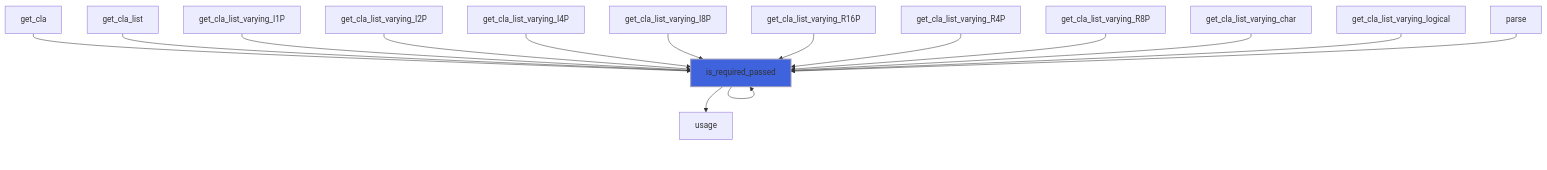
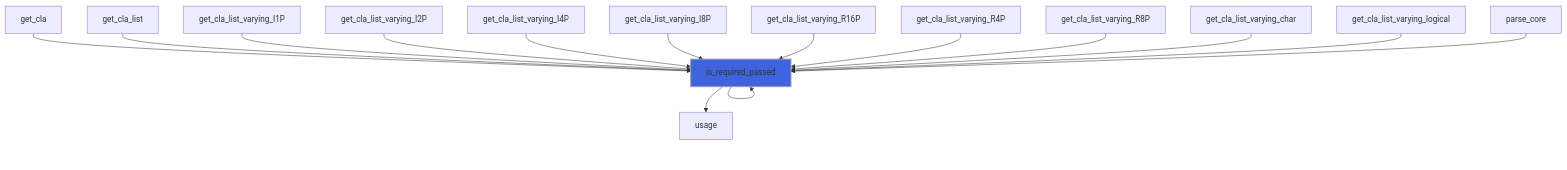
The sixth of 28 diagrams in docs/api/src/lib/flap_command_line_arguments_group_t.md (szaghi/FLAP), drawn with Mermaid before and after one commit. The commit also changed other lines of this file and 17 other files, not shown here.

````diff
--- a/docs/api/src/lib/flap_command_line_arguments_group_t.md
+++ b/docs/api/src/lib/flap_command_line_arguments_group_t.md
@@ -193,19 +269,19 @@
 ```mermaid
 flowchart TD
   get_cla["get_cla"] --> is_required_passed["is_required_passed"]
   get_cla_list["get_cla_list"] --> is_required_passed["is_required_passed"]
   get_cla_list_varying_I1P["get_cla_list_varying_I1P"] --> is_required_passed["is_required_passed"]
   get_cla_list_varying_I2P["get_cla_list_varying_I2P"] --> is_required_passed["is_required_passed"]
   get_cla_list_varying_I4P["get_cla_list_varying_I4P"] --> is_required_passed["is_required_passed"]
   get_cla_list_varying_I8P["get_cla_list_varying_I8P"] --> is_required_passed["is_required_passed"]
   get_cla_list_varying_R16P["get_cla_list_varying_R16P"] --> is_required_passed["is_required_passed"]
   get_cla_list_varying_R4P["get_cla_list_varying_R4P"] --> is_required_passed["is_required_passed"]
   get_cla_list_varying_R8P["get_cla_list_varying_R8P"] --> is_required_passed["is_required_passed"]
   get_cla_list_varying_char["get_cla_list_varying_char"] --> is_required_passed["is_required_passed"]
   get_cla_list_varying_logical["get_cla_list_varying_logical"] --> is_required_passed["is_required_passed"]
   is_required_passed["is_required_passed"] --> is_required_passed["is_required_passed"]
-  parse["parse"] --> is_required_passed["is_required_passed"]
+  parse_core["parse_core"] --> is_required_passed["is_required_passed"]
   is_required_passed["is_required_passed"] --> is_required_passed["is_required_passed"]
   is_required_passed["is_required_passed"] --> usage["usage"]
   style is_required_passed fill:#3e63dd,stroke:#99b,stroke-width:2px
 ```
````
